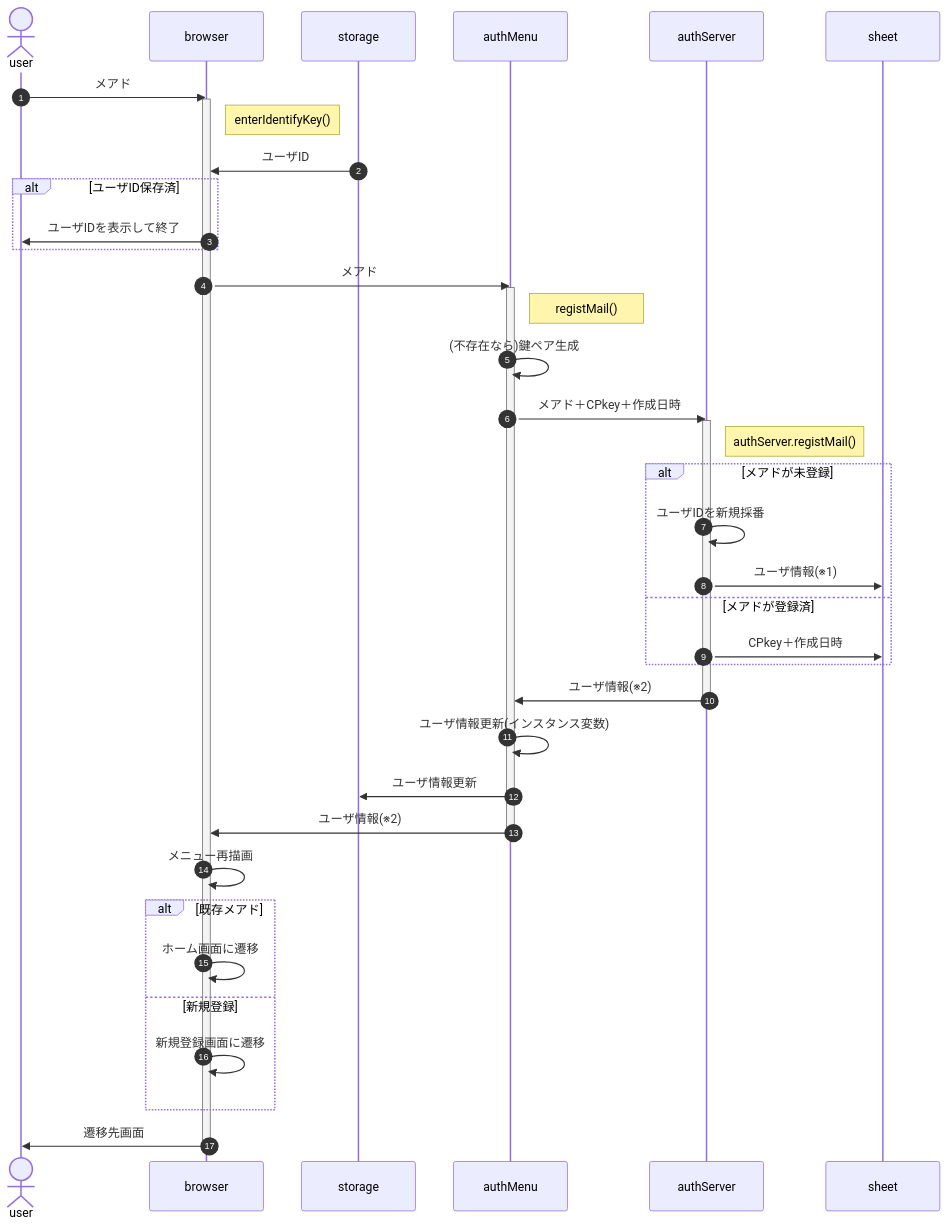
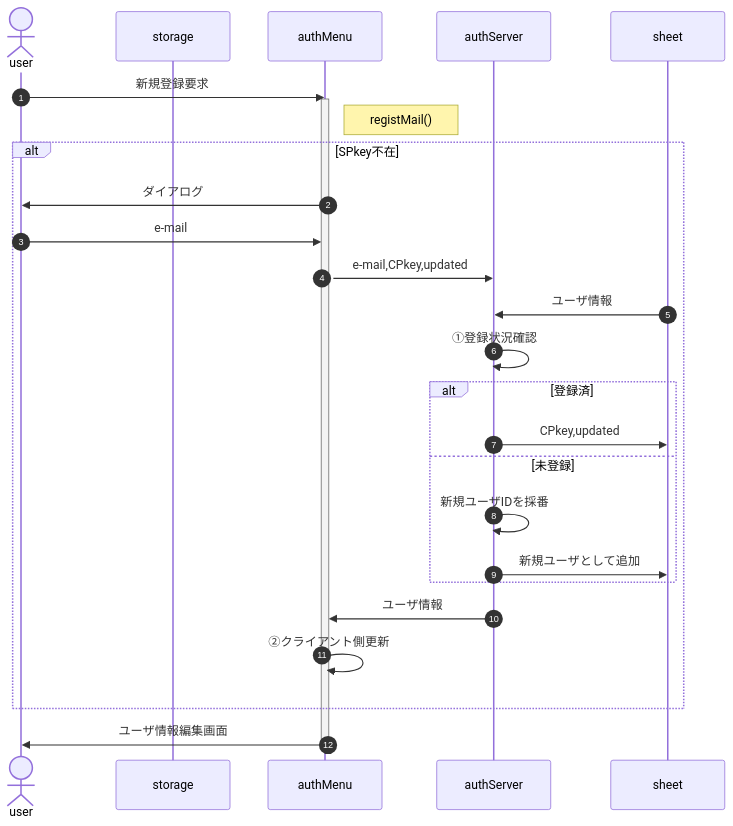
One commit to nakaone/library changed the diagram in authMenu/1.0.0/doc/entry.md. Above: the diagram before and after it, drawn with Mermaid. The commit also changed other lines of this file and 4 other files, not shown here.

````diff
--- a/authMenu/1.0.0/doc/entry.md
+++ b/authMenu/1.0.0/doc/entry.md
@@ -5,46 +5,31 @@
 ```mermaid
 sequenceDiagram
   autonumber
   actor user
-  participant browser
   participant storage
   participant client as authMenu
   participant server as authServer
   participant sheet
 
-  user ->> browser : メアド
-  activate browser
-  Note right of browser : enterIdentifyKey()
-  storage ->> browser : ユーザID
-  alt ユーザID保存済
-    browser ->> user : ユーザIDを表示して終了
-  end
-  browser ->> client : メアド
+  user ->> client : 新規登録要求
   activate client
   Note right of client : registMail()
-  client ->> client : (不存在なら)鍵ペア生成
-  client ->> server : メアド＋CPkey＋作成日時
-  activate server
-  Note right of server : authServer.registMail()
-  alt メアドが未登録
-    server ->> server : ユーザIDを新規採番
-    server ->> sheet : ユーザ情報(※1)
-  else メアドが登録済
-    server ->> sheet : CPkey＋作成日時
+  alt SPkey不在
+    client ->> user : ダイアログ
+    user ->> client : e-mail
+    client ->> server : e-mail,CPkey,updated
+
+    sheet ->> server : ユーザ情報
+    server ->> server : ①登録状況確認
+    alt 登録済
+      server ->> sheet : CPkey,updated
+    else 未登録
+      server ->> server : 新規ユーザIDを採番
+      server ->> sheet : 新規ユーザとして追加
+    end
+    server ->> client : ユーザ情報
+    client ->> client : ②クライアント側更新
   end
-  server ->> client : ユーザ情報(※2)
-  deactivate server
-
-  client ->> client : ユーザ情報更新(インスタンス変数)
-  client ->> storage : ユーザ情報更新
-  client ->> browser : ユーザ情報(※2)
+  client ->> user : ユーザ情報編集画面
   deactivate client
-  browser ->> browser : メニュー再描画
-  alt 既存メアド
-    browser ->> browser : ホーム画面に遷移
-  else 新規登録
-    browser ->> browser : 新規登録画面に遷移
-  end
-  browser ->> user : 遷移先画面
-  deactivate browser
 ```
````
